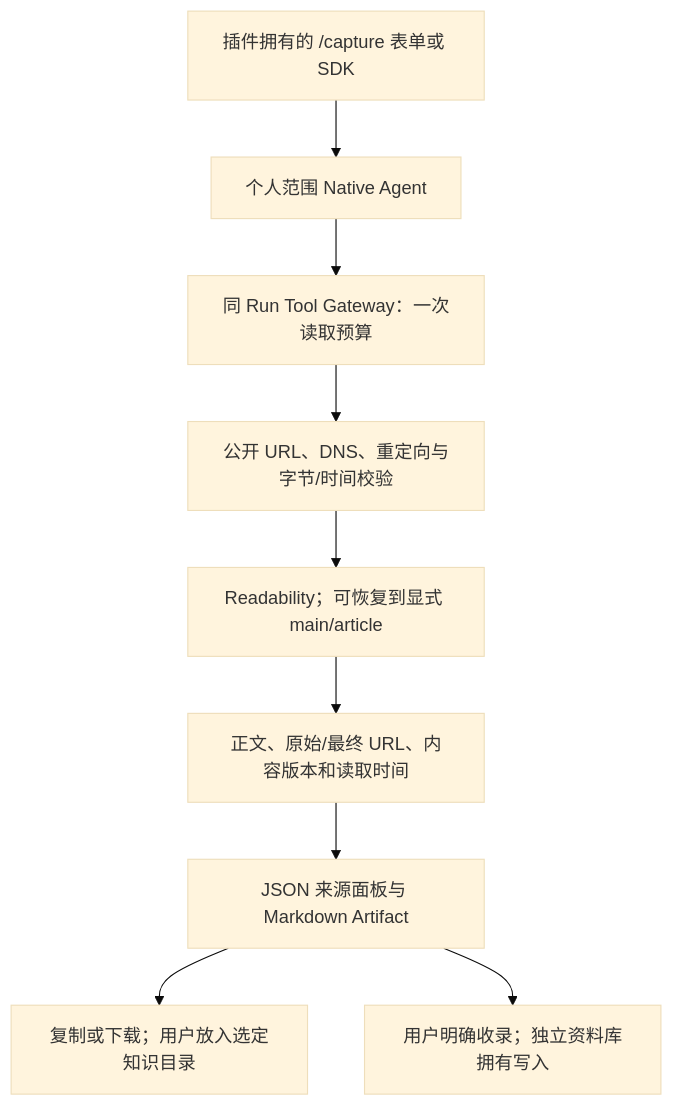
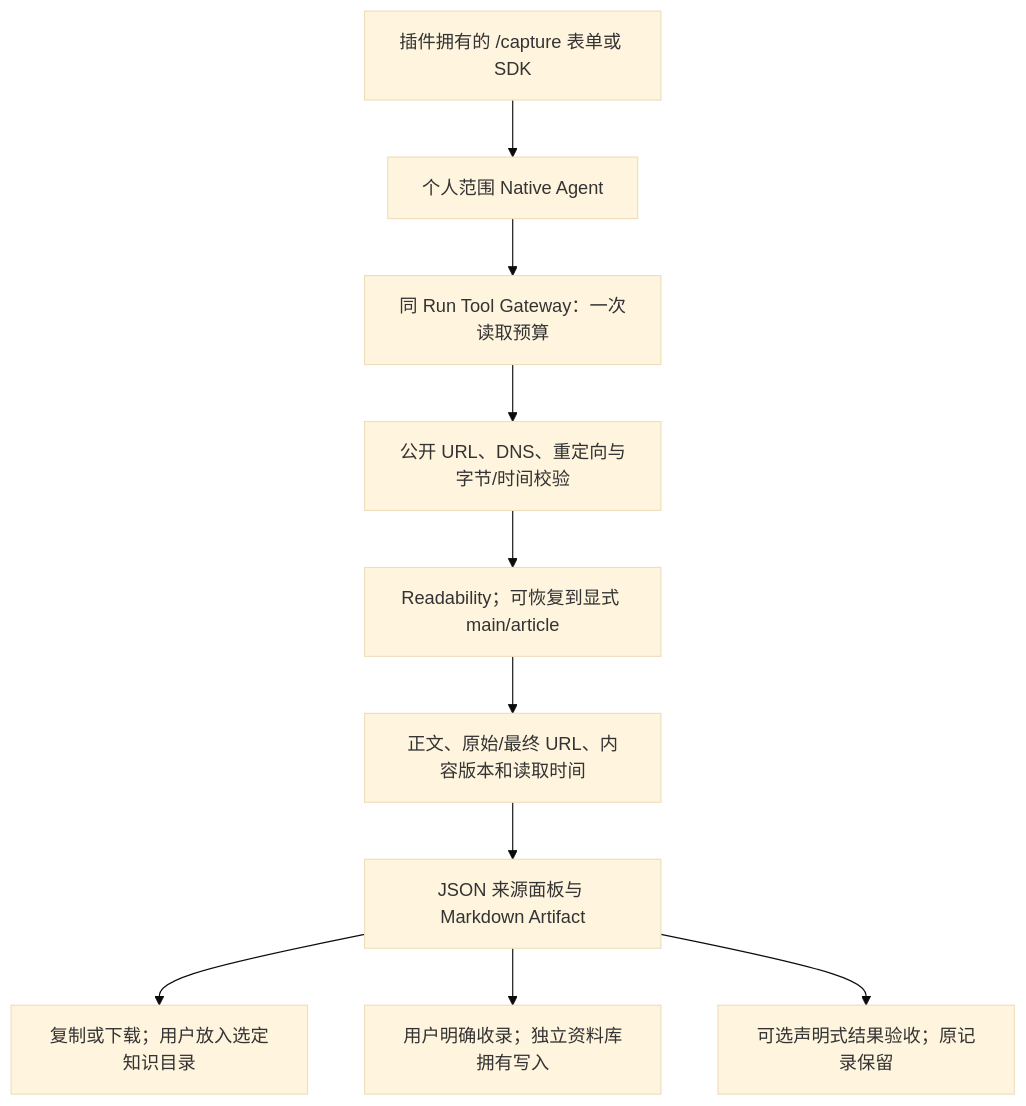
One commit to KlayPeter/AI-Delivery-Ops-Agent changed the diagram in backend/src/knowledge/capture/FEATURE.md. Above: the diagram before and after it, drawn with Mermaid (base theme). The commit also changed other lines of this file and 27 other files, not shown here.

````diff
--- a/backend/src/knowledge/capture/FEATURE.md
+++ b/backend/src/knowledge/capture/FEATURE.md
@@ -20,11 +20,12 @@
 ```mermaid
 flowchart TD
     U[插件拥有的 /capture 表单或 SDK] --> A[个人范围 Native Agent]
     A --> G[同 Run Tool Gateway：一次读取预算]
     G --> N[公开 URL、DNS、重定向与字节/时间校验]
     N --> P[Readability；可恢复到显式 main/article]
     P --> V[正文、原始/最终 URL、内容版本和读取时间]
     V --> O[JSON 来源面板与 Markdown Artifact]
     O --> D[复制或下载；用户放入选定知识目录]
     O --> KLIB[用户明确收录；独立资料库拥有写入]
+    O --> QCR[可选声明式结果验收；原记录保留]
 ```
````
